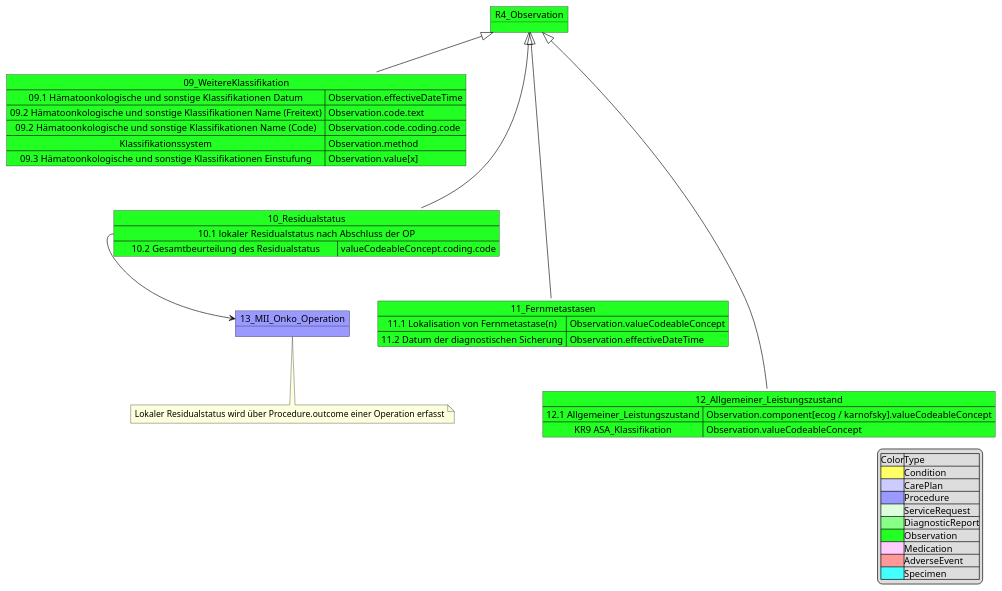
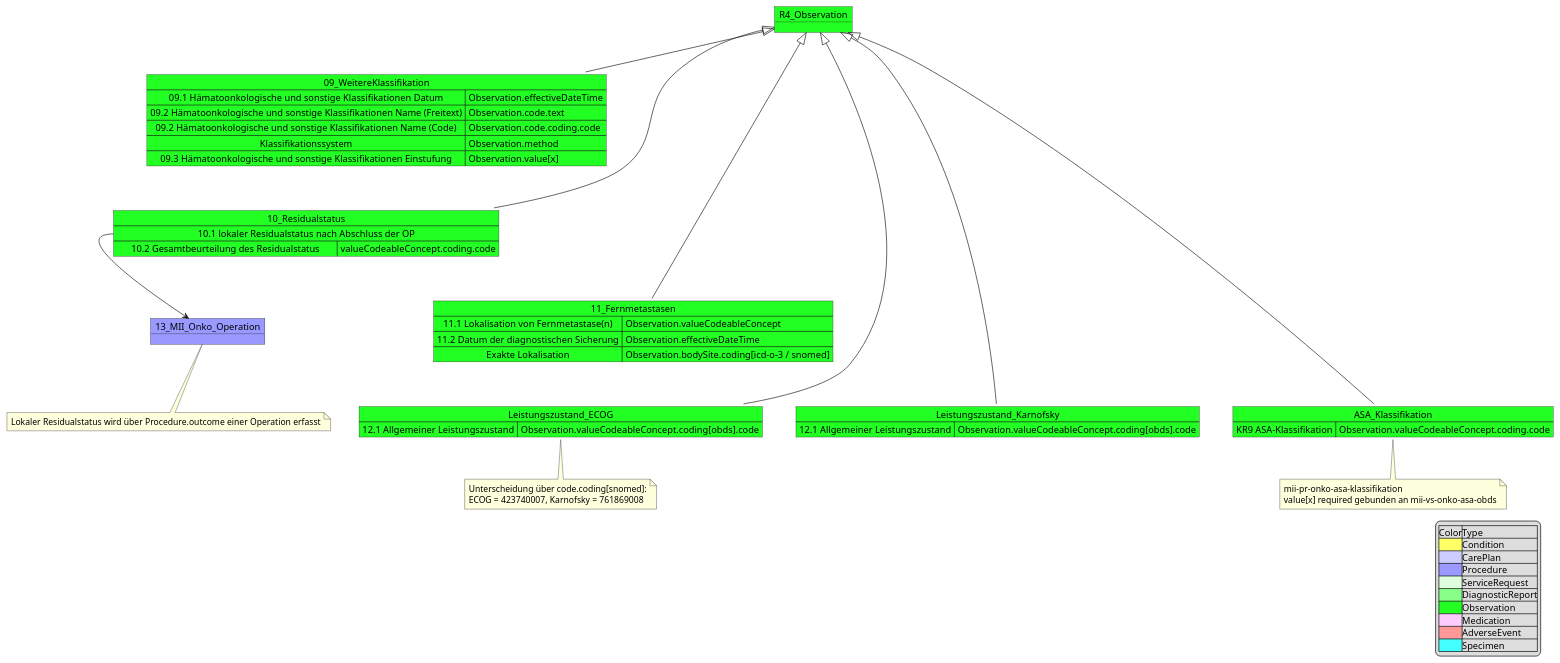
The diagram in input/images-source/MII_Onko_9-12_Observations.pu (medizininformatik-initiative/kerndatensatzmodul-onkologie), drawn with PlantUML before and after one commit. The commit also changed 26 other files, not shown here.

```diff
--- a/input/images-source/MII_Onko_9-12_Observations.pu
+++ b/input/images-source/MII_Onko_9-12_Observations.pu
@@ -1,53 +1,71 @@
 @startuml MII_Onko_9-12_Observations
 object R4_Observation #22FF22
 Map 09_WeitereKlassifikation #22FF22 {
  09.1 Hämatoonkologische und sonstige Klassifikationen Datum => Observation.effectiveDateTime
  09.2 Hämatoonkologische und sonstige Klassifikationen Name (Freitext) => Observation.code.text
  09.2 Hämatoonkologische und sonstige Klassifikationen Name (Code) => Observation.code.coding.code
  Klassifikationssystem => Observation.method
  09.3 Hämatoonkologische und sonstige Klassifikationen Einstufung => Observation.value[x]
 } 
 R4_Observation <|-down- 09_WeitereKlassifikation
 
 object 13_MII_Onko_Operation #9999FF
 note bottom 
     Lokaler Residualstatus wird über Procedure.outcome einer Operation erfasst
 end note
 
 Map 10_Residualstatus #22FF22{
     10.1 lokaler Residualstatus nach Abschluss der OP *--> 13_MII_Onko_Operation
     10.2 Gesamtbeurteilung des Residualstatus => valueCodeableConcept.coding.code  
 }
 
 R4_Observation <|-down-- 10_Residualstatus
 
 Map 11_Fernmetastasen #22FF22{
     11.1 Lokalisation von Fernmetastase(n)  => Observation.valueCodeableConcept
     11.2 Datum der diagnostischen Sicherung => Observation.effectiveDateTime
- 
+    Exakte Lokalisation => Observation.bodySite.coding[icd-o-3 / snomed]
 }
 R4_Observation <|-down--- 11_Fernmetastasen
 
 
-Map 12_Allgemeiner_Leistungszustand #22FF22{
-    12.1 Allgemeiner_Leistungszustand => Observation.component[ecog / karnofsky].valueCodeableConcept
-    KR9 ASA_Klassifikation => Observation.valueCodeableConcept
+Map Leistungszustand_ECOG #22FF22{
+    12.1 Allgemeiner Leistungszustand => Observation.valueCodeableConcept.coding[obds].code
+}
+R4_Observation <|-down---- Leistungszustand_ECOG
 
+Map Leistungszustand_Karnofsky #22FF22{
+    12.1 Allgemeiner Leistungszustand => Observation.valueCodeableConcept.coding[obds].code
 }
-R4_Observation <|-down---- 12_Allgemeiner_Leistungszustand
+R4_Observation <|-down---- Leistungszustand_Karnofsky
+
+note bottom of Leistungszustand_ECOG
+    Unterscheidung über code.coding[snomed]:
+    ECOG = 423740007, Karnofsky = 761869008
+end note
+
+Map ASA_Klassifikation #22FF22{
+    KR9 ASA-Klassifikation => Observation.valueCodeableConcept.coding.code
+}
+R4_Observation <|-down---- ASA_Klassifikation
+
+note bottom of ASA_Klassifikation
+    mii-pr-onko-asa-klassifikation
+    value[x] required gebunden an mii-vs-onko-asa-obds
+end note
 
 legend right 
 |Color|Type|
 |<#FFFF66>|Condition|
 |<#CCCCFF>|CarePlan|
 |<#9999FF>|Procedure|
 |<#DDFFDD>|ServiceRequest|
 |<#88FF88>|DiagnosticReport|
 |<#22FF22>|Observation|
 |<#FFCCFF>|Medication|
 |<#FF9999>|AdverseEvent|
 |<#44FFFF>|Specimen|
 endlegend
 
 
 @enduml
```
